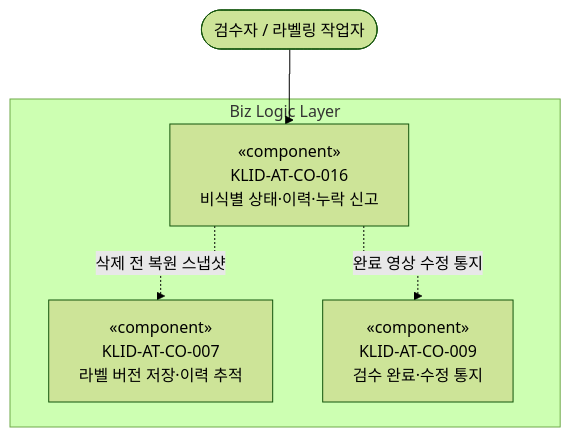
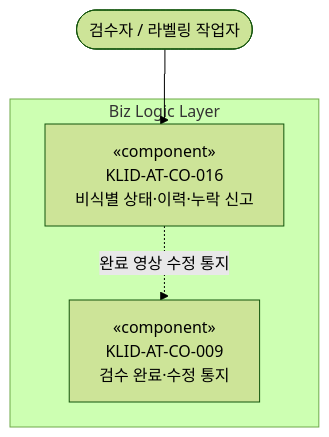
One commit to New-stella/klid-label changed diagram 13 of 18 in docs/design/D3-컴포넌트설계서.md. Above: the diagram before and after it, drawn with Mermaid (forest theme). The commit also changed other lines of this file and 5 other files, not shown here.

````diff
--- a/docs/design/D3-컴포넌트설계서.md
+++ b/docs/design/D3-컴포넌트설계서.md
@@ -282,13 +282,11 @@
 ```mermaid
 %%{init: {'flowchart': {'curve': 'stepBefore'}}}%%
 flowchart TD
     USER([검수자 / 라벨링 작업자])
     subgraph BIZ16[Biz Logic Layer]
         CO016["«component»<br/>KLID-AT-CO-016<br/>비식별 상태·이력·누락 신고"]
-        CO007R["«component»<br/>KLID-AT-CO-007<br/>라벨 버전 저장·이력 추적"]
         CO009R["«component»<br/>KLID-AT-CO-009<br/>검수 완료·수정 통지"]
     end
     USER --> CO016
-    CO016 -.삭제 전 복원 스냅샷.-> CO007R
     CO016 -.완료 영상 수정 통지.-> CO009R
 ```
````
